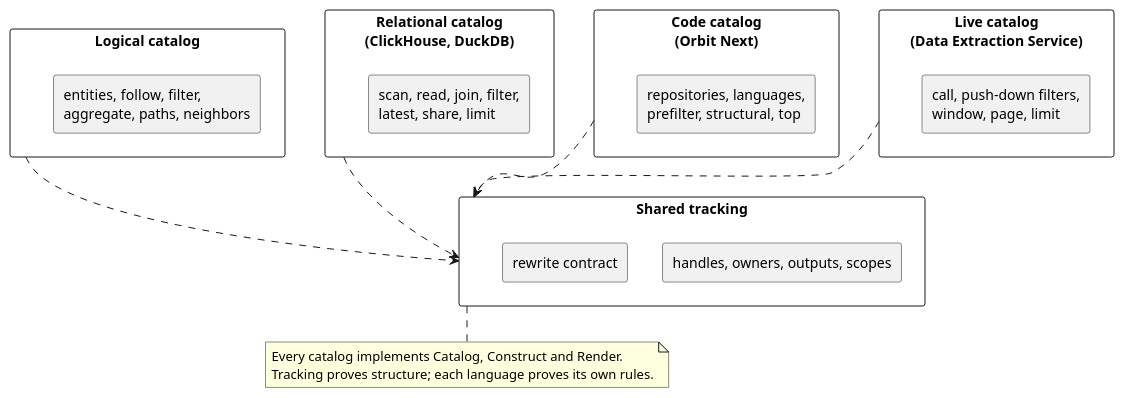
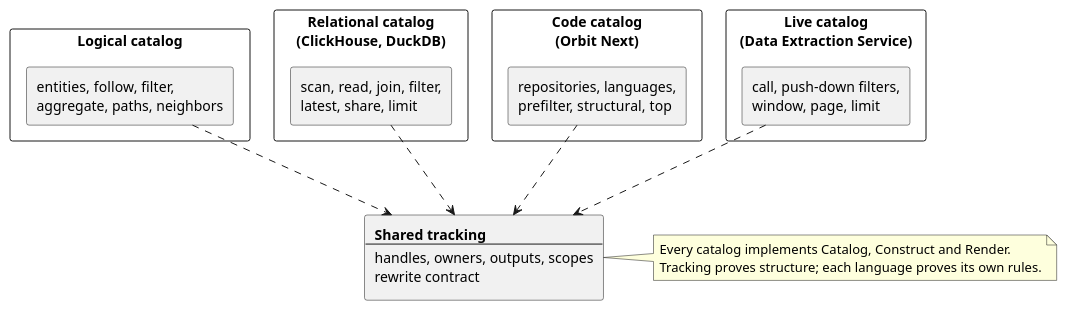
One commit to gitlabhq/orbit-knowledge-graph changed the fifth of 7 diagrams in docs/pages/engineering/adr/024_pluggable_data_model.md. Above: the diagram before and after it, drawn with PlantUML. The commit also changed other lines of this file, not shown here.

Commit message:
docs(adr): fix crossing arrows in the ADR 024 diagrams

````diff
--- a/docs/pages/engineering/adr/024_pluggable_data_model.md
+++ b/docs/pages/engineering/adr/024_pluggable_data_model.md
@@ -246,34 +251,37 @@
 ```plantuml
 @startuml
 set separator none
 skinparam shadowing false
 skinparam componentStyle rectangle
+skinparam nodesep 50
+skinparam ranksep 90
 
-component "Shared tracking" as T {
-  [handles, owners, outputs, scopes]
-  [rewrite contract]
+component "Logical catalog" {
+  [entities, follow, filter,\naggregate, paths, neighbors] as LO
 }
+component "Relational catalog\n(ClickHouse, DuckDB)" {
+  [scan, read, join, filter,\nlatest, share, limit] as RO
+}
+component "Code catalog\n(Orbit Next)" {
+  [repositories, languages,\nprefilter, structural, top] as CO
+}
+component "Live catalog\n(Data Extraction Service)" {
+  [call, push-down filters,\nwindow, page, limit] as VO
+}
+rectangle TH [
+<b>Shared tracking</b>
+----
+handles, owners, outputs, scopes
+rewrite contract
+]
 
-component "Logical catalog" as L {
-  [entities, follow, filter,\naggregate, paths, neighbors]
-}
-component "Relational catalog\n(ClickHouse, DuckDB)" as RC {
-  [scan, read, join, filter,\nlatest, share, limit]
-}
-component "Code catalog\n(Orbit Next)" as CC {
-  [repositories, languages,\nprefilter, structural, top]
-}
-component "Live catalog\n(Data Extraction Service)" as LV {
-  [call, push-down filters,\nwindow, page, limit]
-}
-
-L ..> T
-RC ..> T
-CC ..> T
-LV ..> T
-note bottom of T
+LO .down.> TH
+RO .down.> TH
+CO .down.> TH
+VO .down.> TH
+note right of TH
   Every catalog implements Catalog, Construct and Render.
   Tracking proves structure; each language proves its own rules.
 end note
 @enduml
 ```
````
